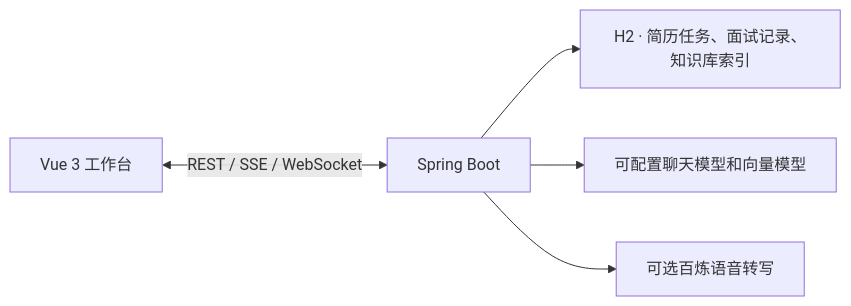
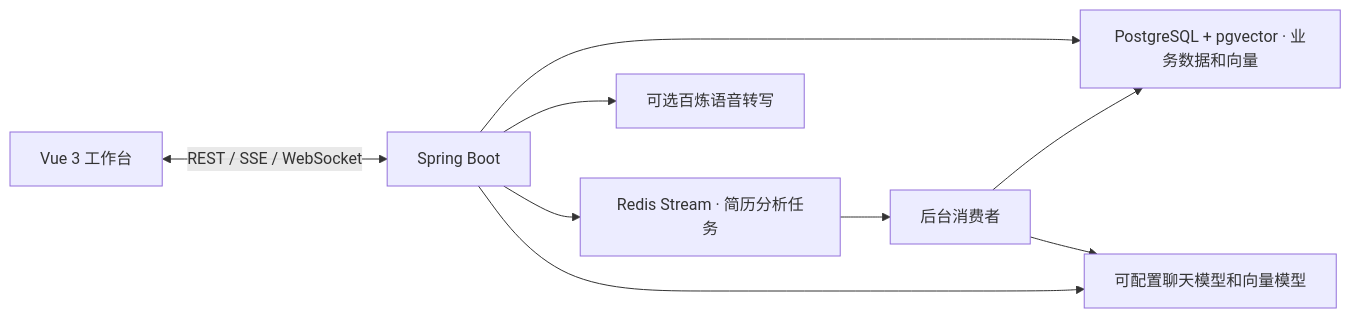
Before and after one commit to lxh204/Ai-interview-workbench: the diagram in README.md, drawn with Mermaid. The commit also changed other lines of this file and 19 other files, not shown here.

Commit message:
feat: run workbench on PostgreSQL pgvector and Redis Stream

````diff
--- a/README.md
+++ b/README.md
@@ -30,7 +30,11 @@
 ```mermaid
 flowchart LR
     Vue["Vue 3 工作台"] <-->|"REST / SSE / WebSocket"| API["Spring Boot"]
-    API --> Storage["H2 · 简历任务、面试记录、知识库索引"]
+    API --> Storage["PostgreSQL + pgvector · 业务数据和向量"]
+    API --> Queue["Redis Stream · 简历分析任务"]
+    Queue --> Worker["后台消费者"]
+    Worker --> Storage
+    Worker --> Models
     API --> Models["可配置聊天模型和向量模型"]
     API --> ASR["可选百炼语音转写"]
 ```
````
